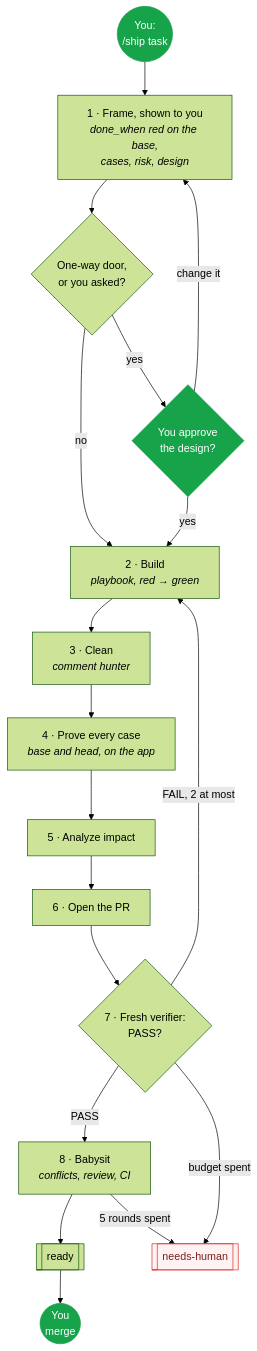
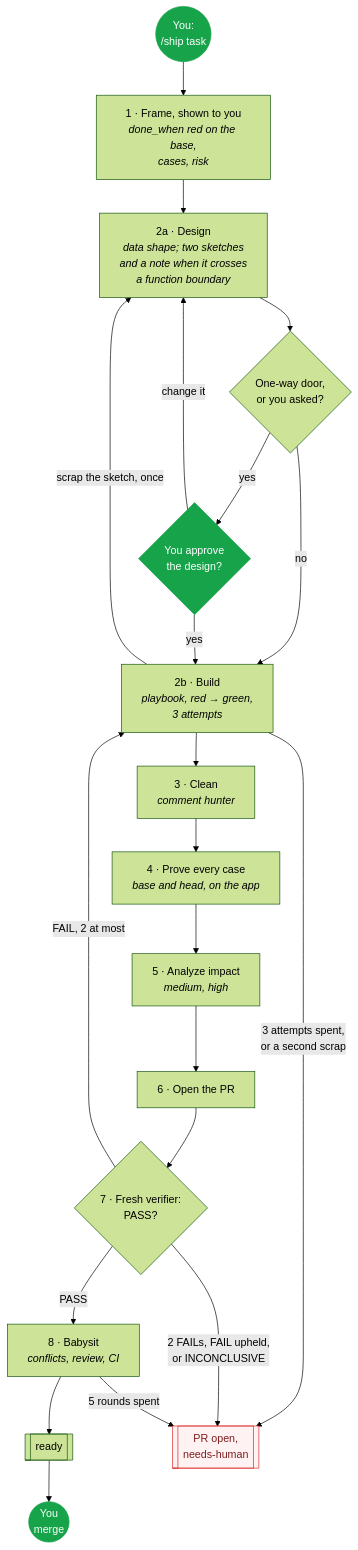
The second of 2 diagrams in skills/README.md (Ilian-Allaf/skillstack), drawn with Mermaid (forest theme) before and after one commit. The commit also changed other lines of this file and 33 other files, not shown here.

````diff
--- a/skills/README.md
+++ b/skills/README.md
@@ -98,33 +105,36 @@
 ```mermaid
 flowchart TB
   go(("You:<br/>/ship task"))
-  frame["1 · Frame, shown to you<br/><i>done_when red on the base,<br/>cases, risk, design</i>"]
-  design{"One-way door,<br/>or you asked?"}
+  frame["1 · Frame, shown to you<br/><i>done_when red on the base,<br/>cases, risk</i>"]
+  design["2a · Design<br/><i>data shape; two sketches<br/>and a note when it crosses<br/>a function boundary</i>"]
+  door{"One-way door,<br/>or you asked?"}
   shown{"You approve<br/>the design?"}
-  build["2 · Build<br/><i>playbook, red → green</i>"]
+  build["2b · Build<br/><i>playbook, red → green,<br/>3 attempts</i>"]
   clean["3 · Clean<br/><i>comment hunter</i>"]
   proofs["4 · Prove every case<br/><i>base and head, on the app</i>"]
-  impact["5 · Analyze impact"]
+  impact["5 · Analyze impact<br/><i>medium, high</i>"]
   open["6 · Open the PR"]
   verdict{"7 · Fresh verifier:<br/>PASS?"}
   babysit["8 · Babysit<br/><i>conflicts, review, CI</i>"]
   ready[["ready"]]
   merge(("You<br/>merge"))
-  human[["needs-human"]]
+  human[["PR open,<br/>needs-human"]]
 
-  go --> frame --> design
-  design -->|no| build
-  design -->|yes| shown
+  go --> frame --> design --> door
+  door -->|no| build
+  door -->|yes| shown
   shown -->|yes| build
-  shown -->|change it| frame
+  shown -->|change it| design
+  build -->|scrap the sketch, once| design
   build --> clean --> proofs --> impact --> open --> verdict
+  build -->|"3 attempts spent,<br/>or a second scrap"| human
   verdict -->|"FAIL, 2 at most"| build
   verdict -->|PASS| babysit --> ready --> merge
-  verdict -->|budget spent| human
+  verdict -->|"2 FAILs, FAIL upheld,<br/>or INCONCLUSIVE"| human
   babysit -->|5 rounds spent| human
 
   classDef you fill:#16a34a,stroke:#16a34a,color:#fff
   classDef stop fill:#fef2f2,stroke:#dc2626,color:#7f1d1d
   class go,shown,merge you
   class human stop
 ```
````
